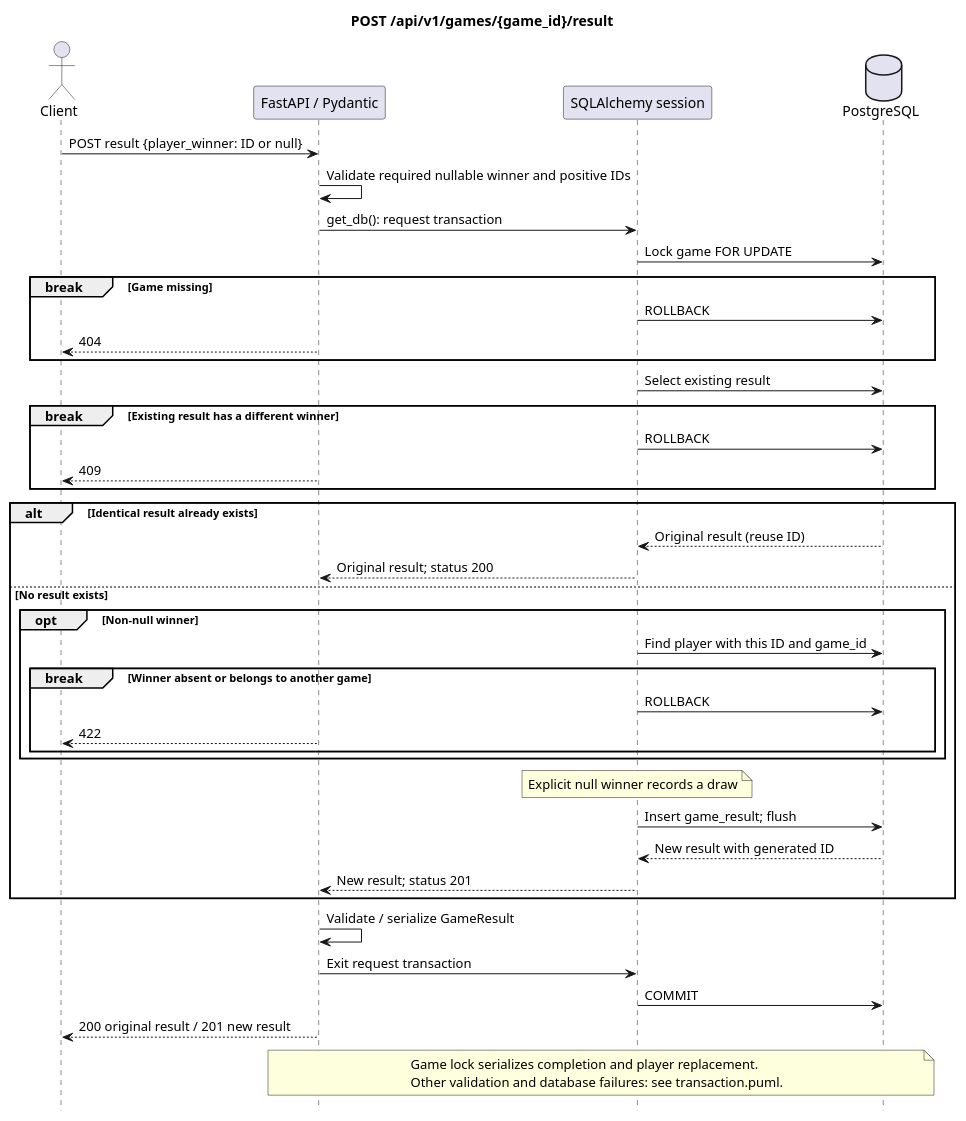
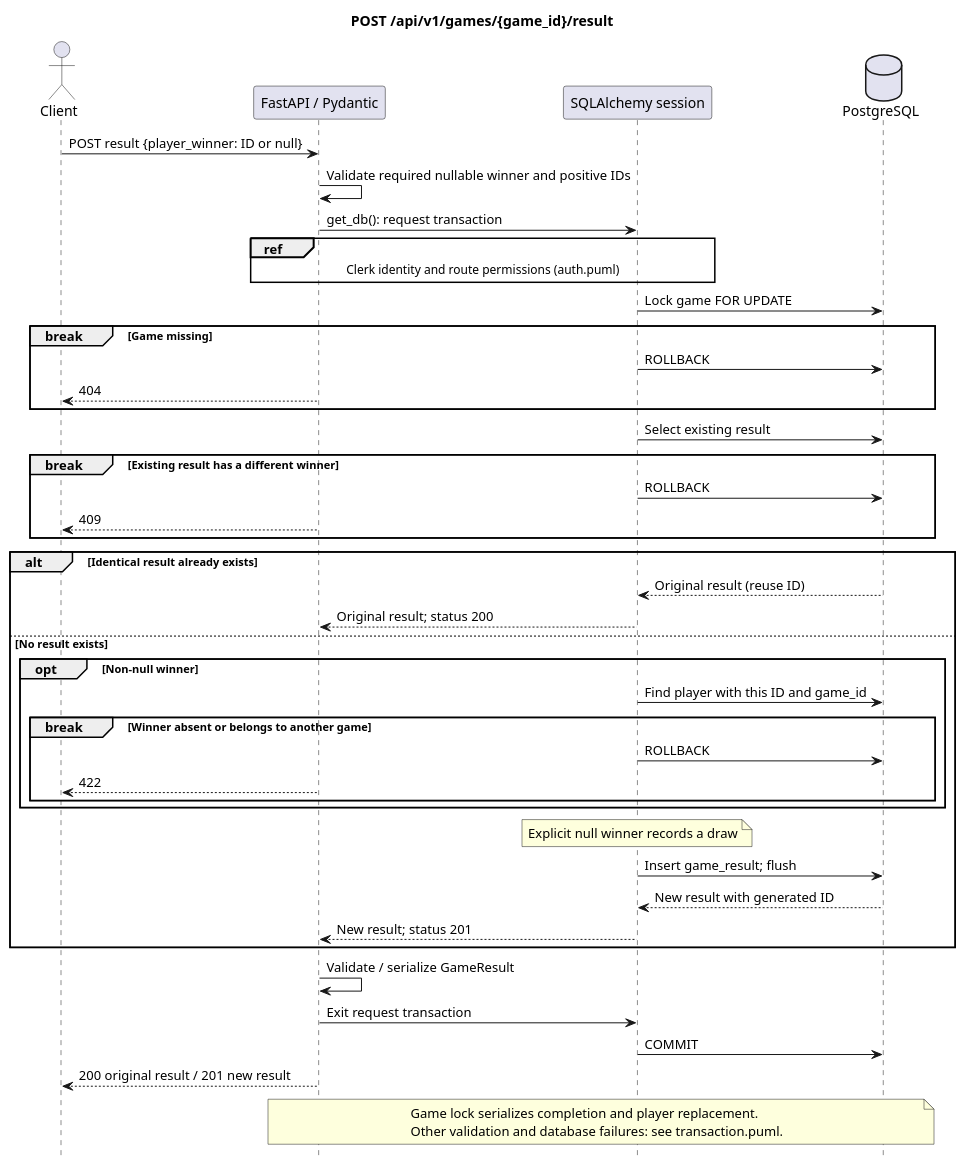
Before and after one commit to ThaFishDance/mtg_agg: the diagram in server/docs/diagrams/record_result.puml, drawn with PlantUML. The commit also changed 50 other files, not shown here.

```diff
--- a/server/docs/diagrams/record_result.puml
+++ b/server/docs/diagrams/record_result.puml
@@ -1,45 +1,46 @@
 @startuml
 title POST /api/v1/games/{game_id}/result
 hide footbox
 actor Client
 participant "FastAPI / Pydantic" as API
 participant "SQLAlchemy session" as DB
 database PostgreSQL as PG
 Client -> API: POST result {player_winner: ID or null}
 API -> API: Validate required nullable winner and positive IDs
 API -> DB: get_db(): request transaction
+ref over API, DB: Clerk identity and route permissions (auth.puml)
 DB -> PG: Lock game FOR UPDATE
 break Game missing
   DB -> PG: ROLLBACK
   API --> Client: 404
 end
 DB -> PG: Select existing result
 break Existing result has a different winner
   DB -> PG: ROLLBACK
   API --> Client: 409
 end
 alt Identical result already exists
   PG --> DB: Original result (reuse ID)
   DB --> API: Original result; status 200
 else No result exists
   opt Non-null winner
     DB -> PG: Find player with this ID and game_id
     break Winner absent or belongs to another game
       DB -> PG: ROLLBACK
       API --> Client: 422
     end
   end
   note over DB: Explicit null winner records a draw
   DB -> PG: Insert game_result; flush
   PG --> DB: New result with generated ID
   DB --> API: New result; status 201
 end
 API -> API: Validate / serialize GameResult
 API -> DB: Exit request transaction
 DB -> PG: COMMIT
 API --> Client: 200 original result / 201 new result
 note over API, PG
 Game lock serializes completion and player replacement.
 Other validation and database failures: see transaction.puml.
 end note
 @enduml
```
